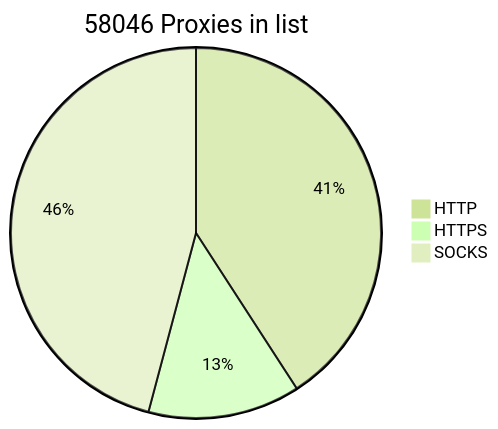
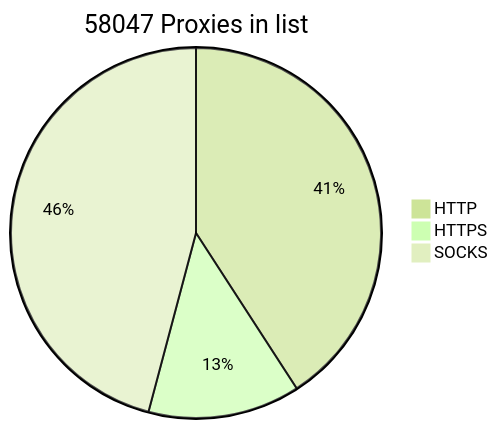
The diagram in README.md (BlackSnowDot/proxylist-update-every-minute), drawn with Mermaid (forest theme) before and after one commit.

````diff
--- a/README.md
+++ b/README.md
@@ -2,6 +2,6 @@
 ```mermaid
-pie title 58046 Proxies in list
+pie title 58047 Proxies in list
     "HTTP" : 26702
     "HTTPS": 8681
-    "SOCKS" : 29978
+    "SOCKS" : 29979
 ```
````
